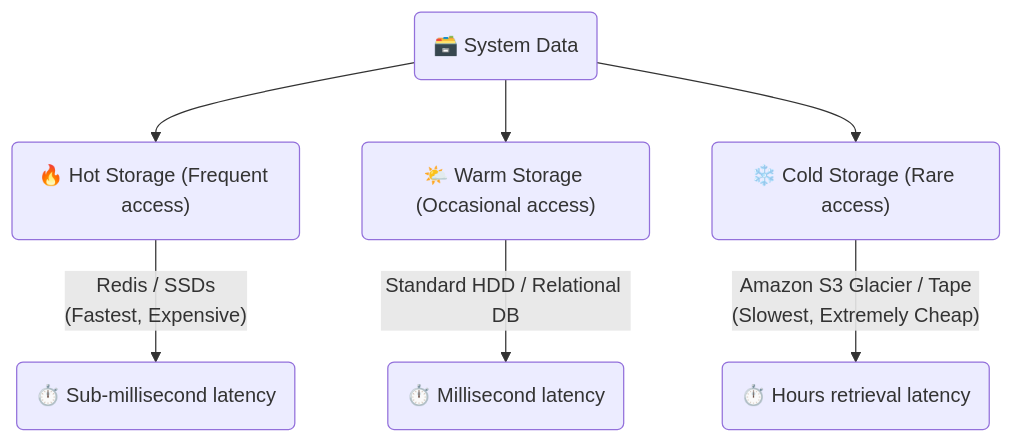
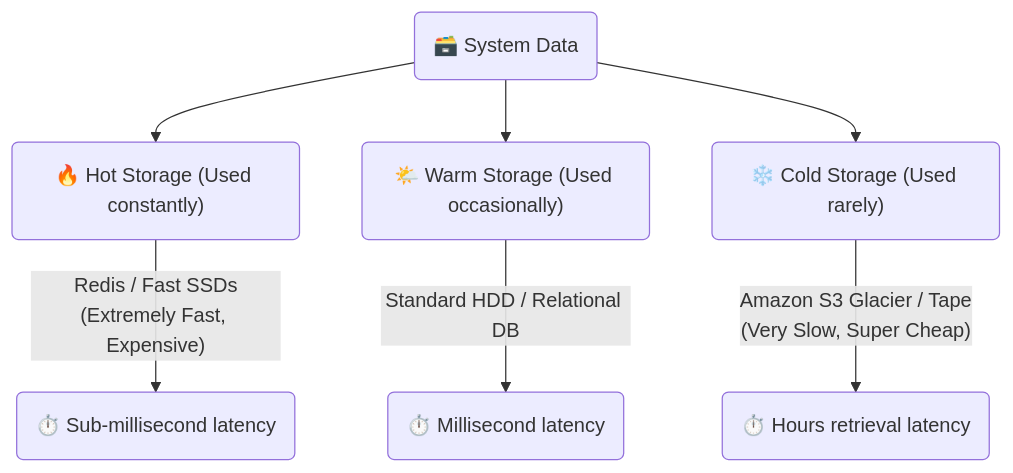
One commit to PKRacha/system-design changed the fourth of 4 diagrams in basics/04_system_characteristics.md. Above: the diagram before and after it, drawn with Mermaid. The commit also changed other lines of this file and 6 other files, not shown here.

````diff
--- a/basics/04_system_characteristics.md
+++ b/basics/04_system_characteristics.md
@@ -104,10 +99,10 @@
 ```mermaid
 graph TD
-    Data("🗃️ System Data") --> Hot("🔥 Hot Storage (Frequent access)")
-    Data --> Warm("🌤️ Warm Storage (Occasional access)")
-    Data --> Cold("❄️ Cold Storage (Rare access)")
+    Data("🗃️ System Data") --> Hot("🔥 Hot Storage (Used constantly)")
+    Data --> Warm("🌤️ Warm Storage (Used occasionally)")
+    Data --> Cold("❄️ Cold Storage (Used rarely)")
     
-    Hot -->|"Redis / SSDs<br>(Fastest, Expensive)"| Out1("⏱️ Sub-millisecond latency")
+    Hot -->|"Redis / Fast SSDs<br>(Extremely Fast, Expensive)"| Out1("⏱️ Sub-millisecond latency")
     Warm -->|"Standard HDD / Relational DB"| Out2("⏱️ Millisecond latency")
-    Cold -->|"Amazon S3 Glacier / Tape<br>(Slowest, Extremely Cheap)"| Out3("⏱️ Hours retrieval latency")
+    Cold -->|"Amazon S3 Glacier / Tape<br>(Very Slow, Super Cheap)"| Out3("⏱️ Hours retrieval latency")
 ```
````
